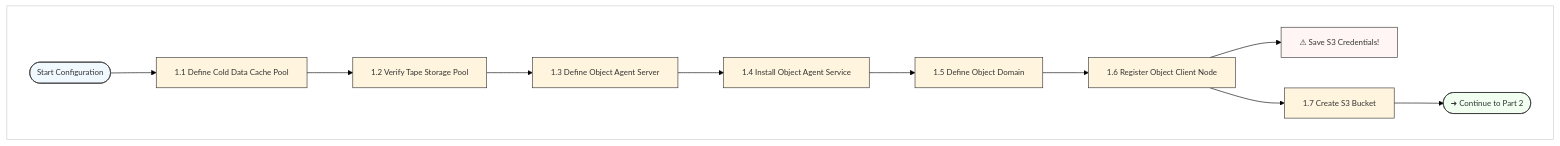
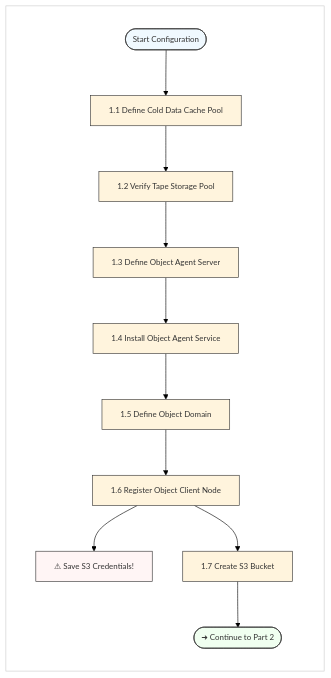
One commit to TarSemaj/storage-protect-galaxy changed diagram 14 of 17 in blueprint/integrations/data-protect/defender-data-protect-with-storage-protect-tape-integration.md. Above: the diagram before and after it, drawn with Mermaid. The commit also changed other lines of this file, not shown here.

````diff
--- a/blueprint/integrations/data-protect/defender-data-protect-with-storage-protect-tape-integration.md
+++ b/blueprint/integrations/data-protect/defender-data-protect-with-storage-protect-tape-integration.md
@@ -1571,21 +1691,22 @@
 ```mermaid
 %%{init: {'theme':'base', 'themeVariables': {'fontSize':'13px', 'fontFamily':'arial', 'background':'white', 'primaryBackground':'white', 'nodeBorder':'#333333', 'edgeLabelBackground':'white'}}}%%
 flowchart TD
     subgraph BG[" "]
+        direction TB
         Start([Start Configuration])
         Start --> SP1a[1.1 Define Cold Data Cache Pool]
         SP1a --> SP1b[1.2 Verify Tape Storage Pool]
         SP1b --> SP1c[1.3 Define Object Agent Server]
         SP1c --> SP1d[1.4 Install Object Agent Service]
         SP1d --> SP1e[1.5 Define Object Domain]
         SP1e --> SP1f[1.6 Register Object Client Node]
         SP1f --> SP1h["⚠ Save S3 Credentials!"]
         SP1f --> SP1g[1.7 Create S3 Bucket]
         SP1g --> Continue([➜ Continue to Part 2])
     end
 
     style BG fill:white,stroke:#cccccc
     style Start fill:#f0f9ff
     style SP1h fill:#fff5f5
     style Continue fill:#f0fff0
 ```
````
